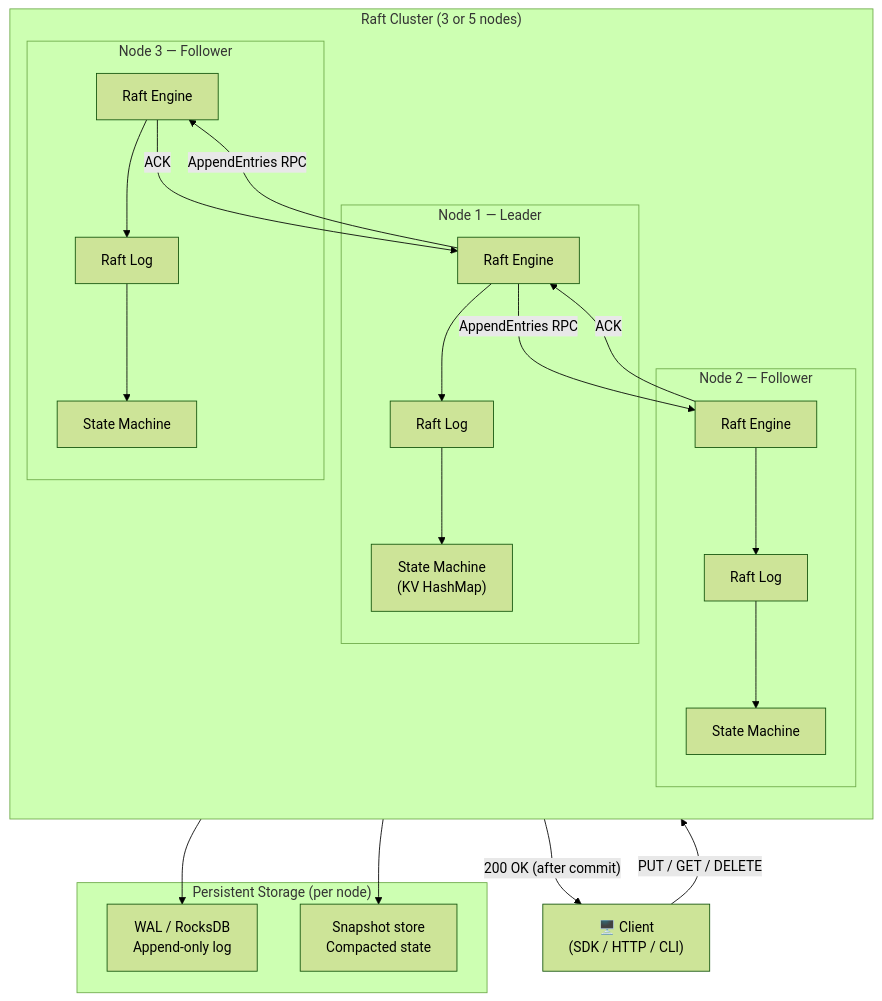
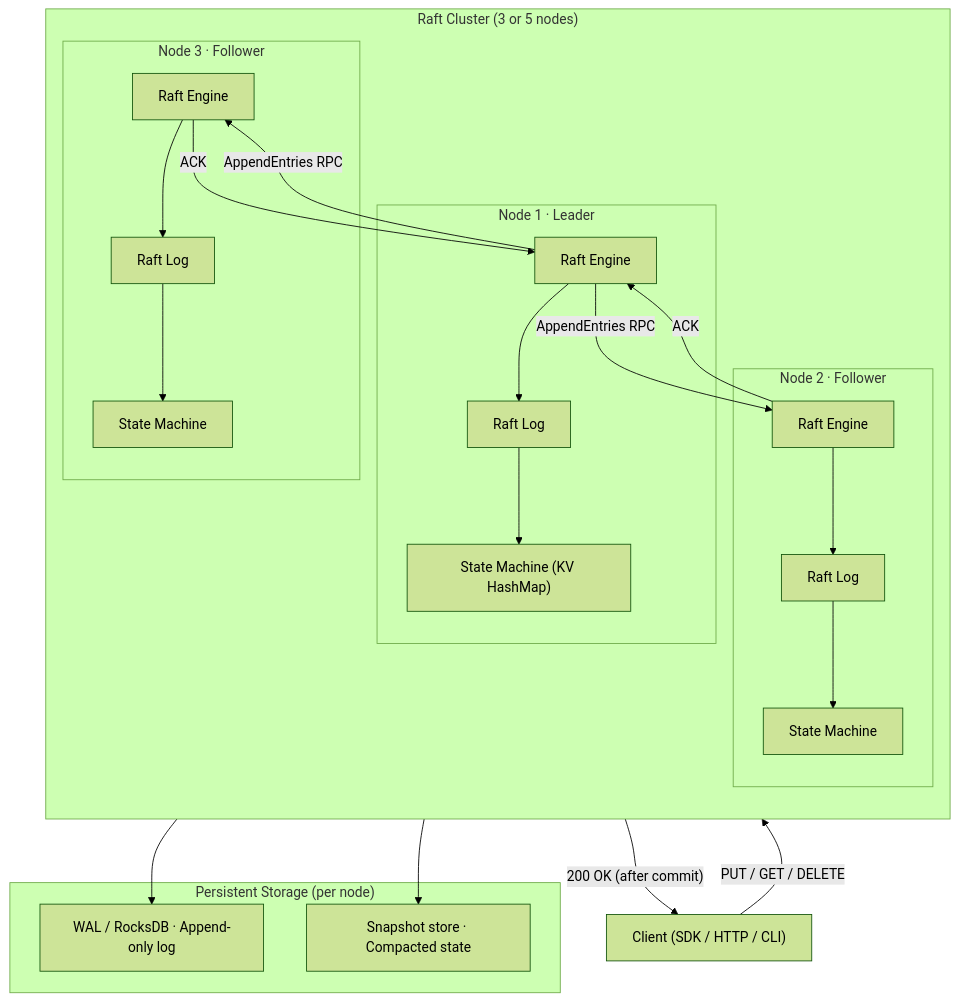
The first of 9 diagrams in README.md (Utkarsh-patel26/Kronos), drawn with Mermaid (forest theme) before and after one commit. The commit also changed other lines of this file, not shown here.

````diff
--- a/README.md
+++ b/README.md
@@ -45,47 +45,47 @@
 ```mermaid
 graph TB
-    Client["🖥️ Client<br/>(SDK / HTTP / CLI)"]
+    Client["Client (SDK / HTTP / CLI)"]
 
     subgraph Cluster ["Raft Cluster (3 or 5 nodes)"]
         direction TB
 
-        subgraph Leader ["Node 1 — Leader"]
+        subgraph LeaderNode ["Node 1 · Leader"]
             LE["Raft Engine"]
             LL["Raft Log"]
-            LSM["State Machine<br/>(KV HashMap)"]
+            LSM["State Machine (KV HashMap)"]
             LE --> LL
             LL --> LSM
         end
 
-        subgraph Follower2 ["Node 2 — Follower"]
+        subgraph Follower2 ["Node 2 · Follower"]
             FE2["Raft Engine"]
             FL2["Raft Log"]
             FSM2["State Machine"]
             FE2 --> FL2
             FL2 --> FSM2
         end
 
-        subgraph Follower3 ["Node 3 — Follower"]
+        subgraph Follower3 ["Node 3 · Follower"]
             FE3["Raft Engine"]
             FL3["Raft Log"]
             FSM3["State Machine"]
             FE3 --> FL3
             FL3 --> FSM3
         end
 
         LE -- "AppendEntries RPC" --> FE2
         LE -- "AppendEntries RPC" --> FE3
         FE2 -- "ACK" --> LE
         FE3 -- "ACK" --> LE
     end
 
     subgraph Storage ["Persistent Storage (per node)"]
-        WAL["WAL / RocksDB<br/>Append-only log"]
-        SNAP["Snapshot store<br/>Compacted state"]
+        WAL["WAL / RocksDB · Append-only log"]
+        SNAP["Snapshot store · Compacted state"]
     end
 
-    Client -- "PUT / GET / DELETE" --> Leader
-    Leader -- "200 OK (after commit)" --> Client
+    Client -- "PUT / GET / DELETE" --> LeaderNode
+    LeaderNode -- "200 OK (after commit)" --> Client
     LSM --> WAL
     LSM --> SNAP
 ```
````
